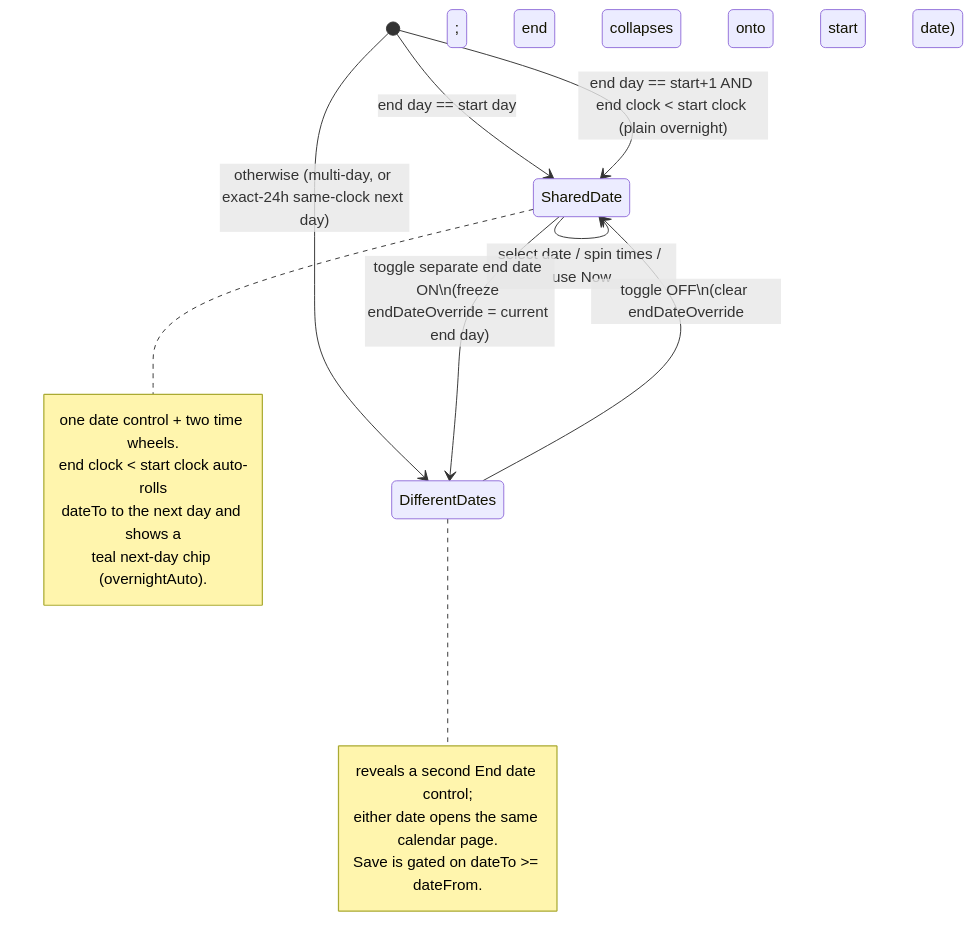
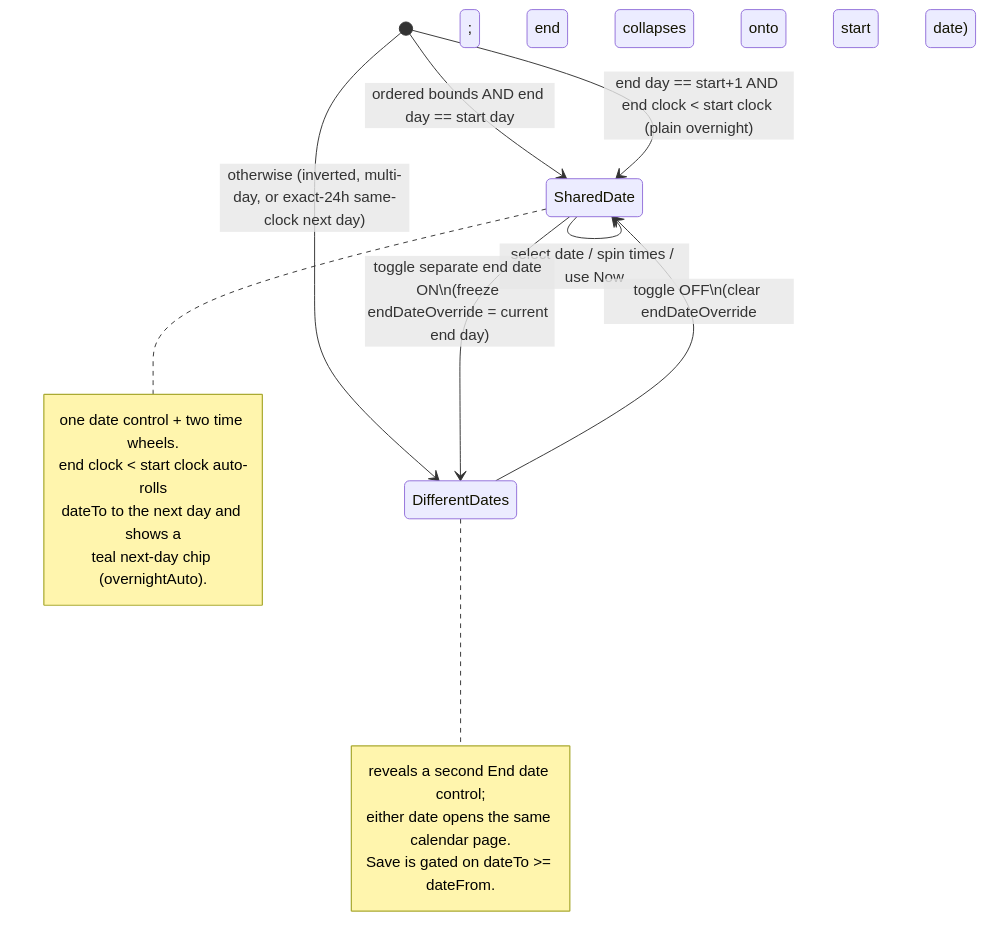
Before and after one commit to matthiasn/lotti: the sixth of 8 diagrams in lib/features/journal/README.md, drawn with Mermaid. The commit also changed other lines of this file and 7 other files, not shown here.

````diff
--- a/lib/features/journal/README.md
+++ b/lib/features/journal/README.md
@@ -242,22 +242,22 @@
 ```mermaid
 stateDiagram-v2
-    [*] --> SharedDate: end day == start day
+    [*] --> SharedDate: ordered bounds AND end day == start day
     [*] --> SharedDate: end day == start+1 AND end clock < start clock (plain overnight)
-    [*] --> DifferentDates: otherwise (multi-day, or exact-24h same-clock next day)
+    [*] --> DifferentDates: otherwise (inverted, multi-day, or exact-24h same-clock next day)
 
     SharedDate --> SharedDate: select date / spin times / use Now
     note right of SharedDate
       one date control + two time wheels.
       end clock < start clock auto-rolls
       dateTo to the next day and shows a
       teal next-day chip (overnightAuto).
     end note
 
     SharedDate --> DifferentDates: toggle separate end date ON\n(freeze endDateOverride = current end day)
     DifferentDates --> SharedDate: toggle OFF\n(clear endDateOverride; end collapses onto start date)
     note right of DifferentDates
       reveals a second End date control;
       either date opens the same calendar page.
       Save is gated on dateTo >= dateFrom.
     end note
 ```
````
